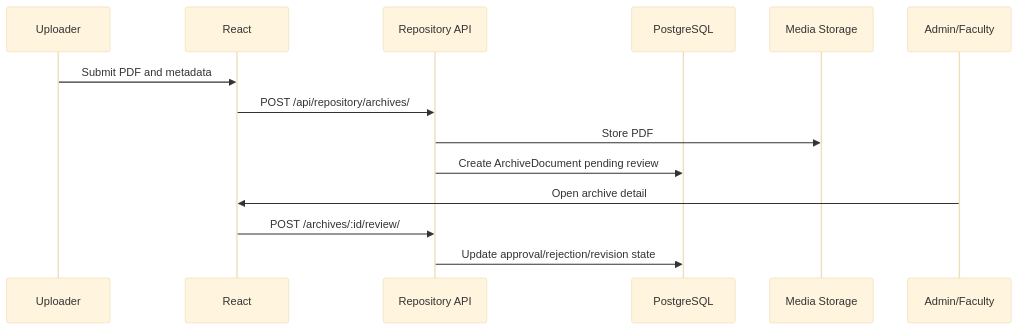
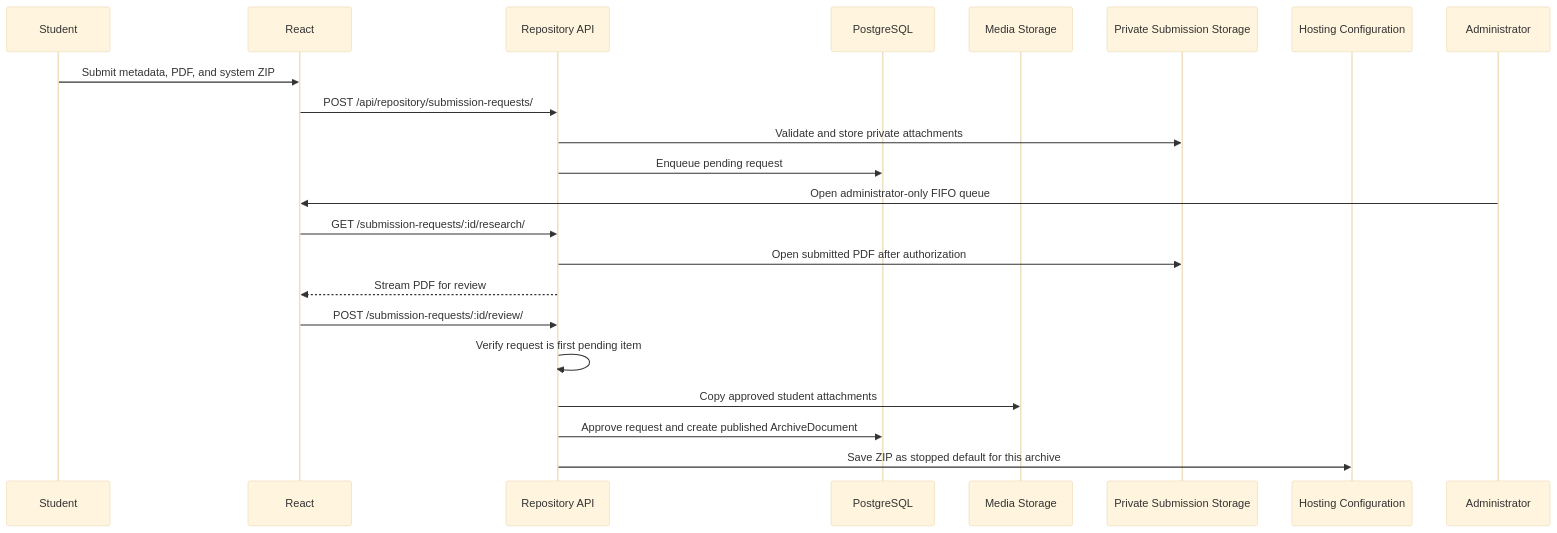
Before and after one commit to vinxe94/SaliksikLab: the third of 4 diagrams in MULTI_LAYER_ARCHITECTURE.md, drawn with Mermaid (base theme). The commit also changed other lines of this file and 135 other files, not shown here.

````diff
--- a/MULTI_LAYER_ARCHITECTURE.md
+++ b/MULTI_LAYER_ARCHITECTURE.md
@@ -240,17 +247,25 @@
 ```mermaid
 sequenceDiagram
-    participant U as Uploader
+    participant U as Student
     participant F as React
     participant R as Repository API
     participant DB as PostgreSQL
     participant M as Media Storage
-    participant A as Admin/Faculty
+    participant P as Private Submission Storage
+    participant H as Hosting Configuration
+    participant A as Administrator
 
-    U->>F: Submit PDF and metadata
-    F->>R: POST /api/repository/archives/
-    R->>M: Store PDF
-    R->>DB: Create ArchiveDocument pending review
-    A->>F: Open archive detail
-    F->>R: POST /archives/:id/review/
-    R->>DB: Update approval/rejection/revision state
+    U->>F: Submit metadata, PDF, and system ZIP
+    F->>R: POST /api/repository/submission-requests/
+    R->>P: Validate and store private attachments
+    R->>DB: Enqueue pending request
+    A->>F: Open administrator-only FIFO queue
+    F->>R: GET /submission-requests/:id/research/
+    R->>P: Open submitted PDF after authorization
+    R-->>F: Stream PDF for review
+    F->>R: POST /submission-requests/:id/review/
+    R->>R: Verify request is first pending item
+    R->>M: Copy approved student attachments
+    R->>DB: Approve request and create published ArchiveDocument
+    R->>H: Save ZIP as stopped default for this archive
 ```
````
